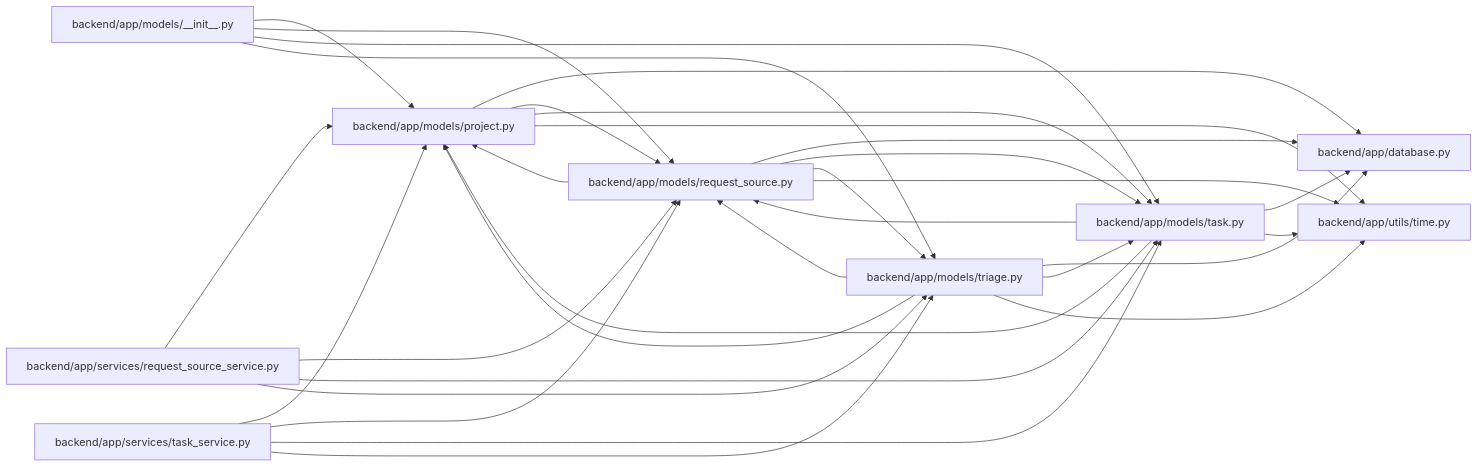
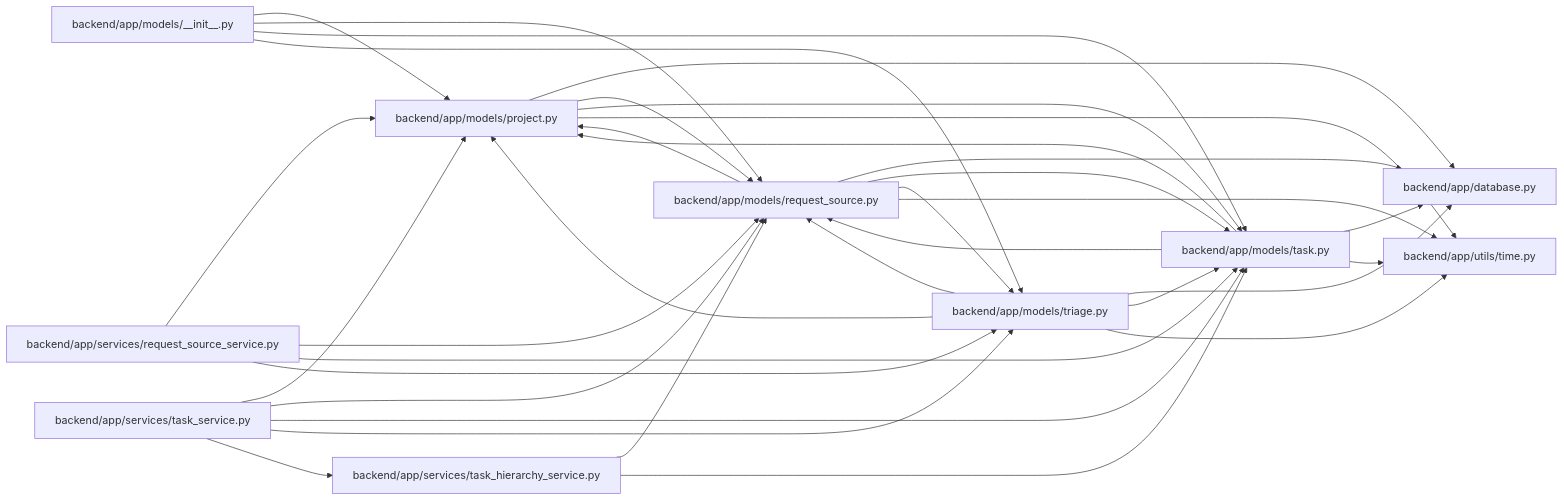
One commit to Denissvgn/WorkChord changed the diagram in docs/llm_wiki/modules/models_request_source.md. Above: the diagram before and after it, drawn with Mermaid. The commit also changed other lines of this file and 2509 other files, not shown here.

````diff
--- a/docs/llm_wiki/modules/models_request_source.md
+++ b/docs/llm_wiki/modules/models_request_source.md
@@ -27,51 +27,56 @@
 ```mermaid
 flowchart LR
     n0["backend/app/database.py"]
     n1["backend/app/models/__init__.py"]
     n2["backend/app/models/project.py"]
     n3["backend/app/models/request_source.py"]
     n4["backend/app/models/task.py"]
     n5["backend/app/models/triage.py"]
     n6["backend/app/services/request_source_service.py"]
-    n7["backend/app/services/task_service.py"]
-    n8["backend/app/utils/time.py"]
+    n7["backend/app/services/task_hierarchy_service.py"]
+    n8["backend/app/services/task_service.py"]
+    n9["backend/app/utils/time.py"]
     n1 --> n2
     n1 --> n3
     n1 --> n4
     n1 --> n5
     n2 --> n0
     n2 --> n3
     n2 --> n4
-    n2 --> n8
+    n2 --> n9
     n3 --> n0
     n3 --> n2
     n3 --> n4
     n3 --> n5
-    n3 --> n8
+    n3 --> n9
     n4 --> n0
     n4 --> n2
     n4 --> n3
-    n4 --> n8
+    n4 --> n9
     n5 --> n0
     n5 --> n2
     n5 --> n3
     n5 --> n4
-    n5 --> n8
+    n5 --> n9
     n6 --> n2
     n6 --> n3
     n6 --> n4
     n6 --> n5
-    n7 --> n2
     n7 --> n3
     n7 --> n4
-    n7 --> n5
+    n8 --> n2
+    n8 --> n3
+    n8 --> n4
+    n8 --> n5
+    n8 --> n7
     click n0 "../modules/app_database.md"
     click n1 "../modules/models___init__.md"
     click n2 "../modules/models_project.md"
     click n3 "../modules/models_request_source.md"
     click n4 "../modules/models_task.md"
     click n5 "../modules/models_triage.md"
     click n6 "../modules/request_source_service.md"
-    click n7 "../modules/task_service.md"
-    click n8 "../modules/time.md"
+    click n7 "../modules/task_hierarchy_service.md"
+    click n8 "../modules/task_service.md"
+    click n9 "../modules/time.md"
 ```
````
